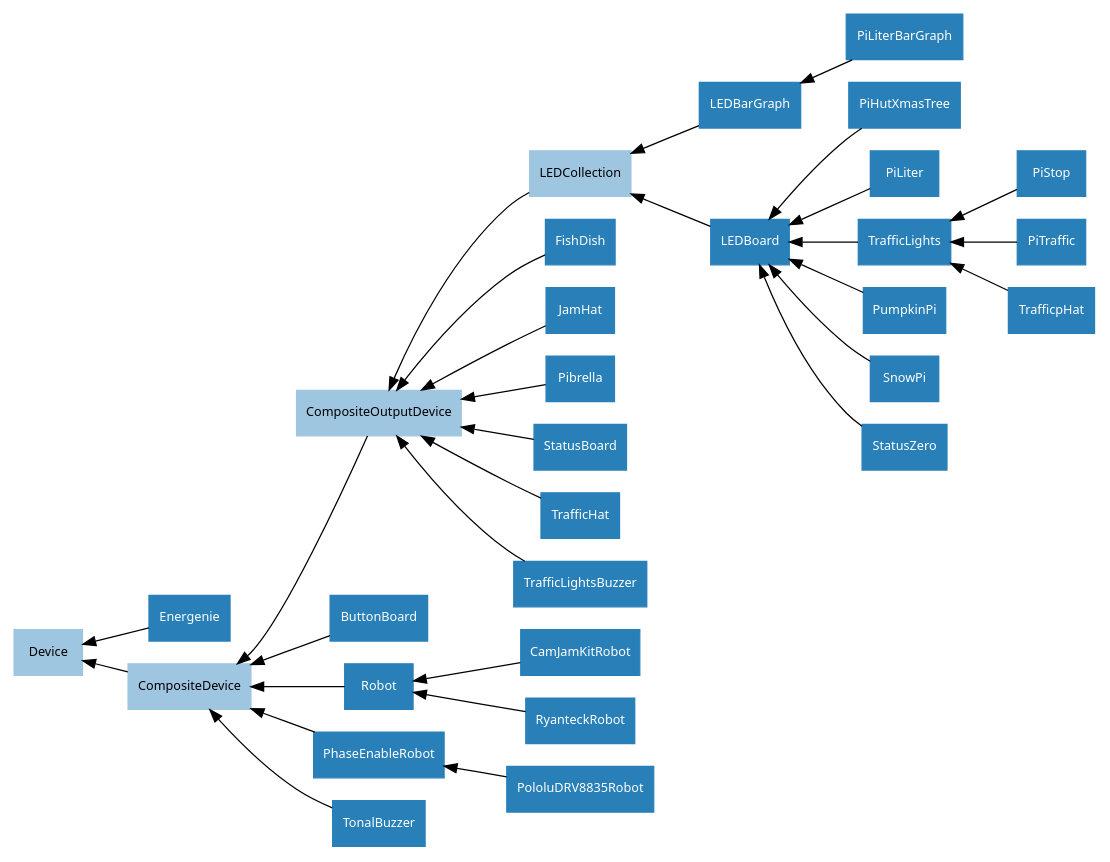
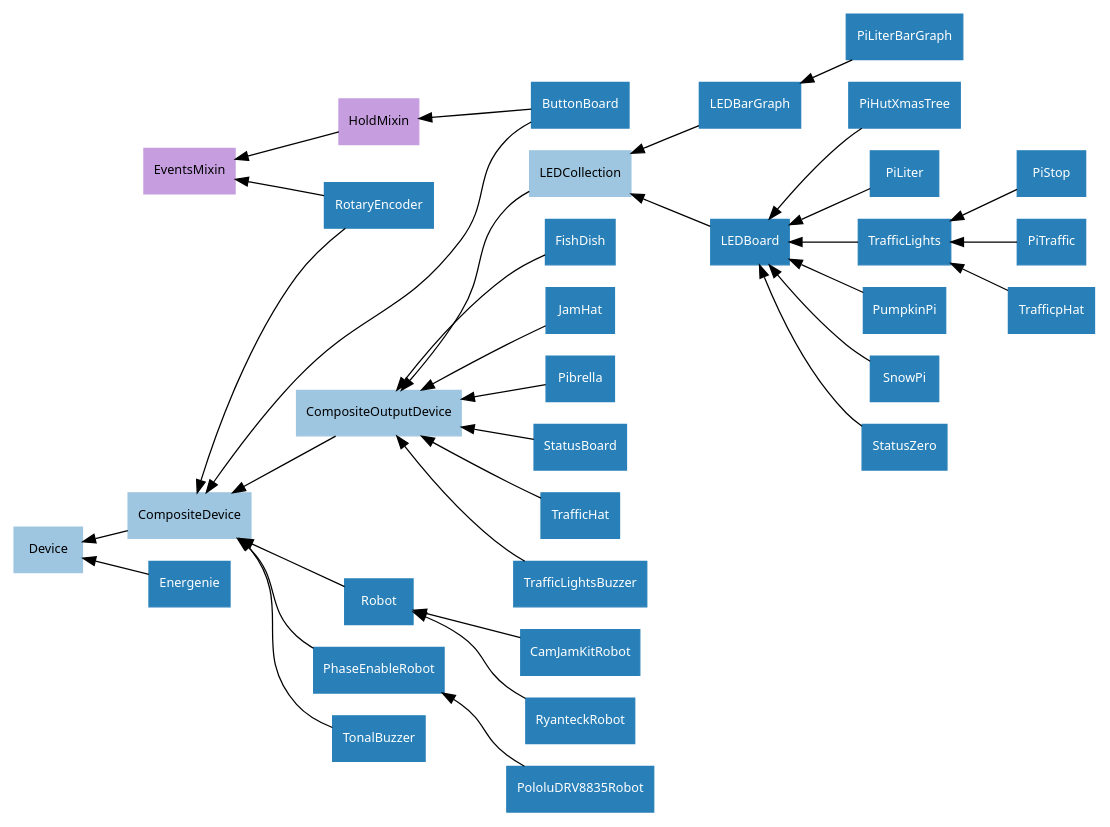
The diagram in docs/images/composite_device_hierarchy.dot (gpiozero/gpiozero), drawn with Graphviz before and after one commit. The commit also changed 12 other files, not shown here.

Commit message:
Add RotaryEncoder to various diagrams

```diff
--- a/docs/images/composite_device_hierarchy.dot
+++ b/docs/images/composite_device_hierarchy.dot
@@ -1,51 +1,56 @@
 digraph classes {
     graph [rankdir=RL];
     node [shape=rect, style=filled, fontname=Sans, fontsize=10];
     edge [];
 
     /* Mixin classes */
     node [color="#c69ee0", fontcolor="#000000"]
 
-    
+    EventsMixin;
+    HoldMixin;
 
     /* Abstract classes */
     node [color="#9ec6e0", fontcolor="#000000"]
 
     CompositeDevice;
     CompositeOutputDevice;
     Device;
     LEDCollection;
 
     /* Concrete classes */
     node [color="#2980b9", fontcolor="#ffffff"];
 
     ButtonBoard->CompositeDevice;
+    ButtonBoard->HoldMixin;
     CamJamKitRobot->Robot;
     CompositeDevice->Device;
     CompositeOutputDevice->CompositeDevice;
     Energenie->Device;
     FishDish->CompositeOutputDevice;
+    HoldMixin->EventsMixin;
     JamHat->CompositeOutputDevice;
     LEDBarGraph->LEDCollection;
     LEDBoard->LEDCollection;
     LEDCollection->CompositeOutputDevice;
     PhaseEnableRobot->CompositeDevice;
     PiHutXmasTree->LEDBoard;
     PiLiter->LEDBoard;
     PiLiterBarGraph->LEDBarGraph;
     PiStop->TrafficLights;
     PiTraffic->TrafficLights;
     Pibrella->CompositeOutputDevice;
     PololuDRV8835Robot->PhaseEnableRobot;
     PumpkinPi->LEDBoard;
     Robot->CompositeDevice;
+    RotaryEncoder->CompositeDevice;
+    RotaryEncoder->EventsMixin;
     RyanteckRobot->Robot;
     SnowPi->LEDBoard;
     StatusBoard->CompositeOutputDevice;
     StatusZero->LEDBoard;
     TonalBuzzer->CompositeDevice;
     TrafficHat->CompositeOutputDevice;
     TrafficLights->LEDBoard;
     TrafficLightsBuzzer->CompositeOutputDevice;
     TrafficpHat->TrafficLights;
 }
```
